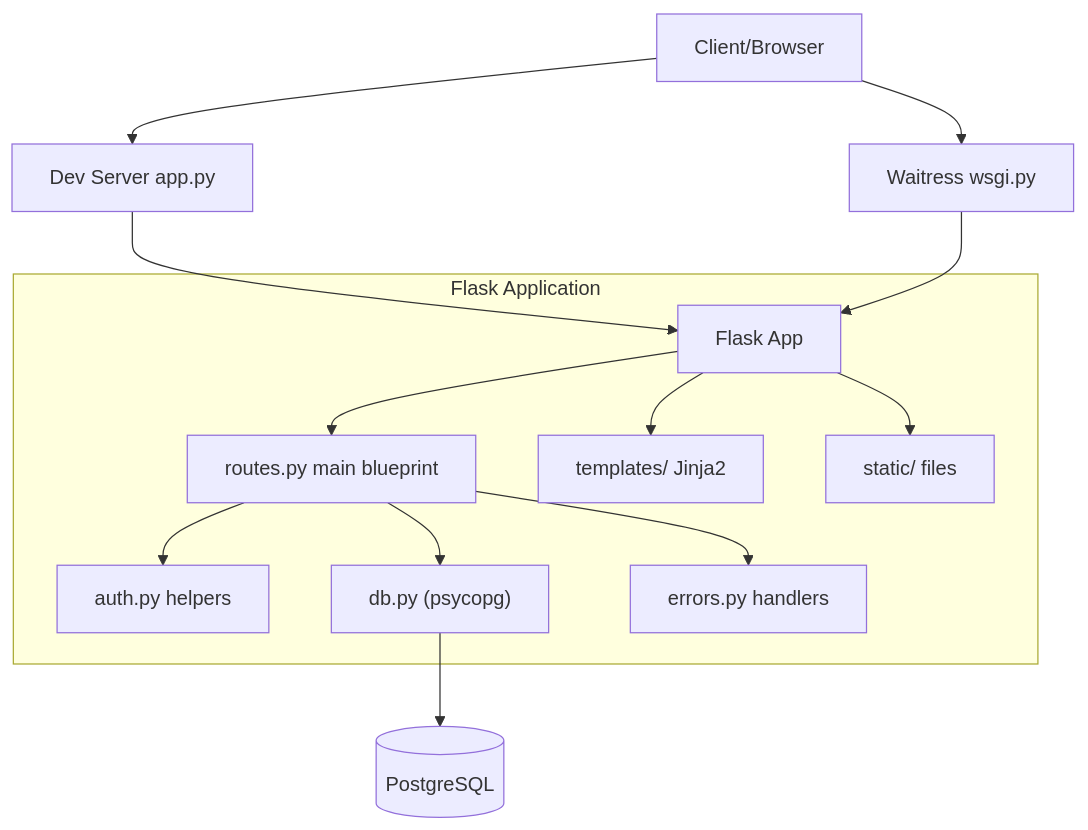
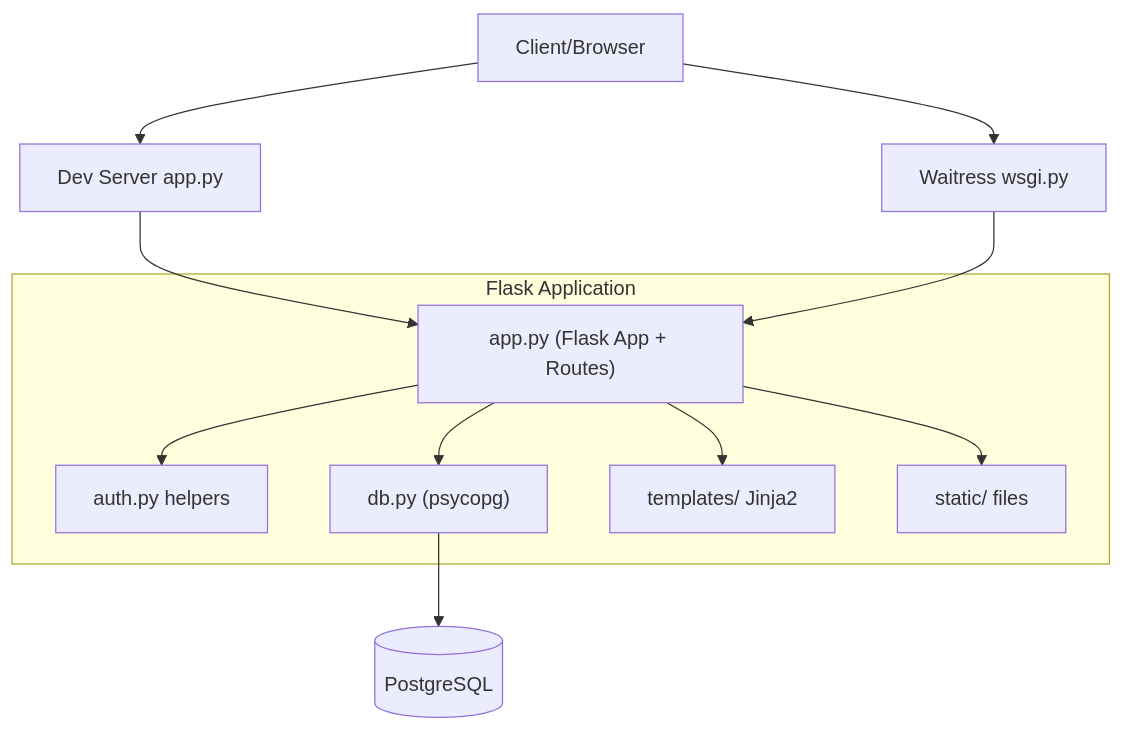
The first of 3 diagrams in README.md (overthetop/flask_demo), drawn with Mermaid before and after one commit. The commit also changed other lines of this file and 2 other files, not shown here.

First line of the commit message:
docs: update all .md files to reflect flat app structure

````diff
--- a/README.md
+++ b/README.md
@@ -262,32 +261,28 @@
 ```mermaid
 flowchart TD
   %% Nodes
   A[Client/Browser]
   J[Dev Server app.py]
   K[Waitress wsgi.py]
-  B[Flask App]
-  C[routes.py main blueprint]
+  B["app.py (Flask App + Routes)"]
   D[auth.py helpers]
   E["db.py (psycopg)"]
-  F[errors.py handlers]
   G[templates/ Jinja2]
   H[static/ files]
   I[(PostgreSQL)]
 
   %% Edges
   A --> J
   A --> K
   J --> B
   K --> B
 
   subgraph Flask Application
-    B --> C
-    C --> D
-    C --> E
-    C --> F
+    B --> D
+    B --> E
     B --> G
     B --> H
   end
 
   E --> I
 ```
````
